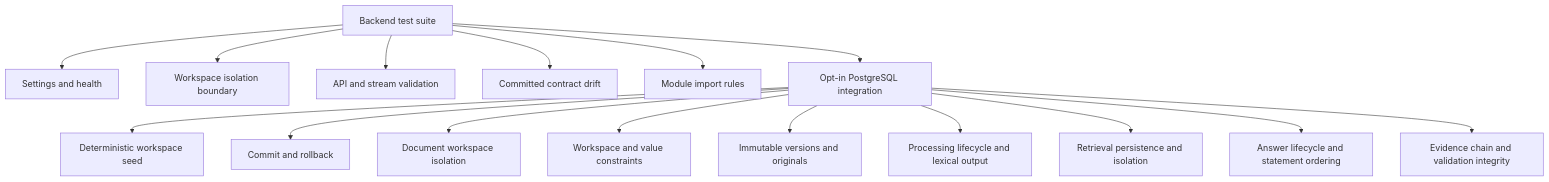
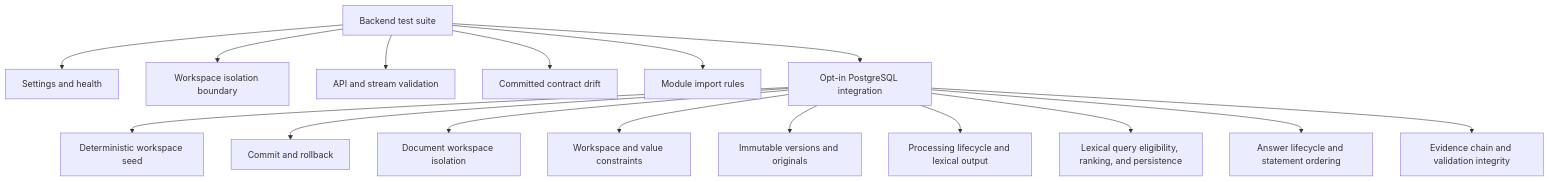
Before and after one commit to rnkraus/investment-research: the diagram in backend/tests/README.md, drawn with Mermaid. The commit also changed other lines of this file and 7 other files, not shown here.

Commit message:
feat(search): implement eligible PostgreSQL lexical retrieval

````diff
--- a/backend/tests/README.md
+++ b/backend/tests/README.md
@@ -15,18 +15,18 @@
 ```mermaid
 flowchart TD
     TESTS[Backend test suite] --> RUNTIME[Settings and health]
     TESTS --> IDENTITY[Workspace isolation boundary]
     TESTS --> CONTRACTS[API and stream validation]
     TESTS --> OPENAPI[Committed contract drift]
     TESTS --> ARCH[Module import rules]
     TESTS --> POSTGRES[Opt-in PostgreSQL integration]
     POSTGRES --> SEED[Deterministic workspace seed]
     POSTGRES --> TX[Commit and rollback]
     POSTGRES --> DOCS[Document workspace isolation]
     POSTGRES --> CONSTRAINTS[Workspace and value constraints]
     POSTGRES --> IMMUTABLE[Immutable versions and originals]
     POSTGRES --> PROCESSING[Processing lifecycle and lexical output]
-    POSTGRES --> SEARCH[Retrieval persistence and isolation]
+    POSTGRES --> SEARCH[Lexical query eligibility, ranking, and persistence]
     POSTGRES --> RESEARCH[Answer lifecycle and statement ordering]
     POSTGRES --> EVIDENCE[Evidence chain and validation integrity]
 ```
````
